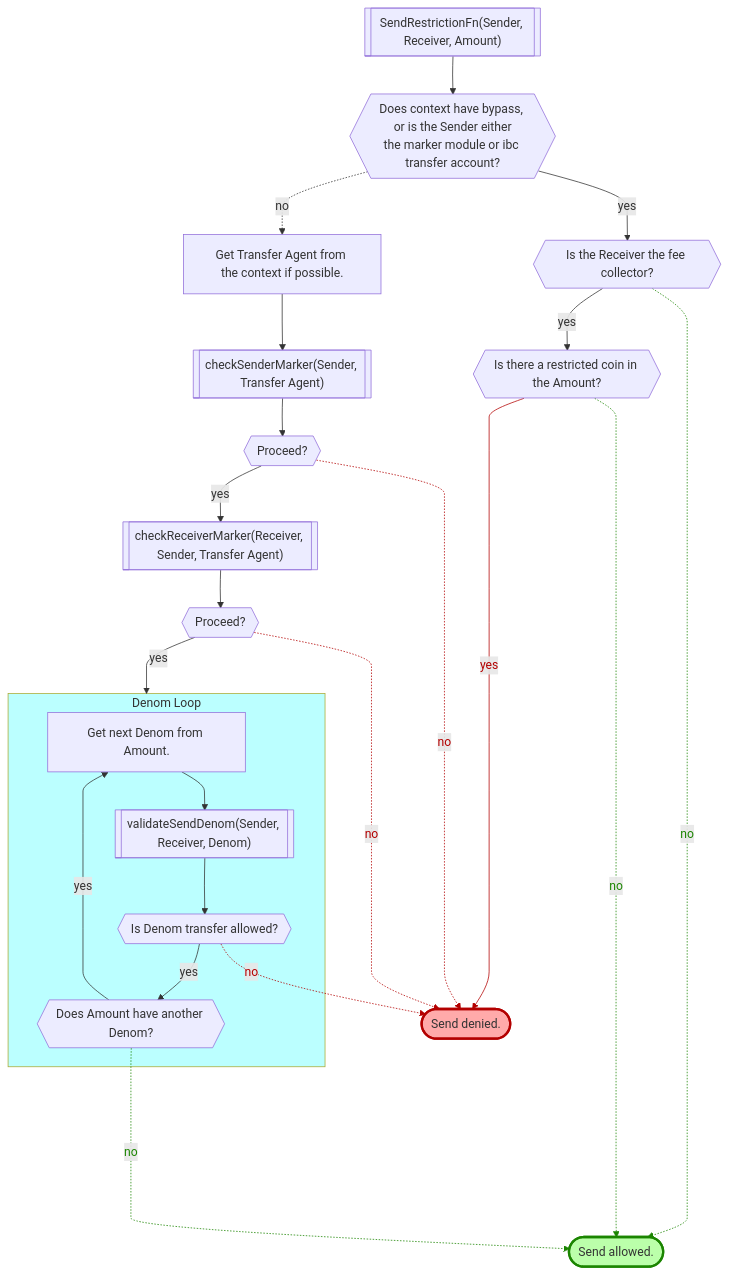
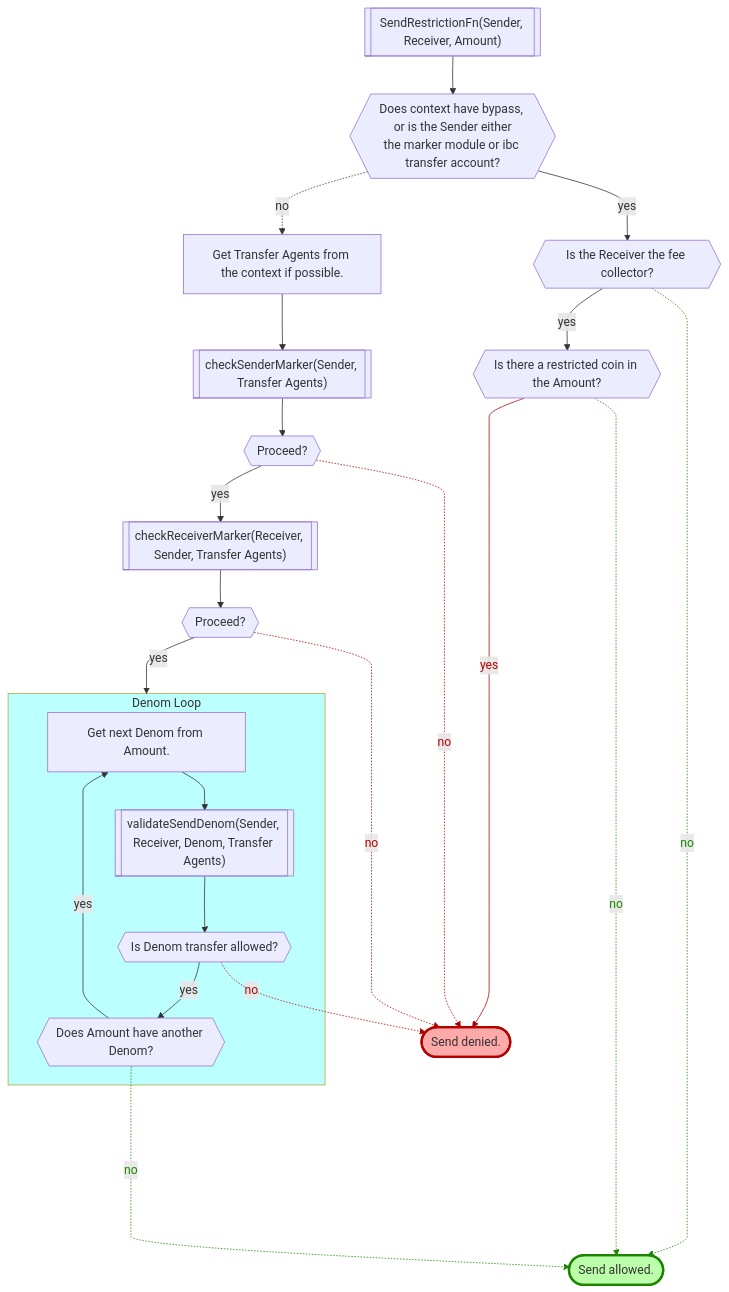
The first of 8 diagrams in x/marker/spec/12_transfers.md (provenance-io/provenance), drawn with Mermaid before and after one commit. The commit also changed other lines of this file, not shown here.

Commit message:
[2137]: Update marker flowcharts to reflect the possibility of multiple admins.

````diff
--- a/x/marker/spec/12_transfers.md
+++ b/x/marker/spec/12_transfers.md
@@ -105,47 +105,47 @@
 ```mermaid
 %%{ init: { 'flowchart': { 'curve': 'monotoneY'} } }%%
 flowchart TD
     start[["SendRestrictionFn(Sender, Receiver, Amount)"]]
     qhasbp{{"Does context have bypass, or is the Sender either\nthe marker module or ibc transfer account?"}}
     qfc{{"Is the Receiver the fee collector?"}}
     qrc{{"Is there a restricted coin in the Amount?"}}
-    gta["Get Transfer Agent from the context if possible."]
-    csm[["checkSenderMarker(Sender, Transfer Agent)"]]
+    gta["Get Transfer Agents from the context if possible."]
+    csm[["checkSenderMarker(Sender, Transfer Agents)"]]
     issmok{{"Proceed?"}}
-    crm[["checkReceiverMarker(Receiver, Sender, Transfer Agent)"]]
+    crm[["checkReceiverMarker(Receiver, Sender, Transfer Agents)"]]
     isrmok{{"Proceed?"}}
     nextd["Get next Denom from Amount."]
-    vsd[["validateSendDenom(Sender, Receiver, Denom)"]]
+    vsd[["validateSendDenom(Sender, Receiver, Denom, Transfer Agents)"]]
     isdok{{"Is Denom transfer allowed?"}}
     mored{{"Does Amount have another Denom?"}}
     ok(["Send allowed."])
     style ok fill:#bbffaa,stroke:#1b8500,stroke-width:3px
     denied(["Send denied."])
     style denied fill:#ffaaaa,stroke:#b30000,stroke-width:3px
     start --> qhasbp
     qhasbp -.->|no| gta
     qhasbp -->|yes| qfc
     qfc -->|yes| qrc
     qfc -.->|no| ok
     qrc -------->|yes| denied
     qrc -.->|no| ok
     gta --> csm
     csm --> issmok
     issmok -->|yes| crm
     issmok -.->|no| denied
     crm --> isrmok
     isrmok -->|yes| denomloop
     isrmok -.->|no| denied
     subgraph denomloop ["Denom Loop"]
     isdok -->|yes| mored
     vsd --> isdok
     mored -->|yes| nextd
     nextd --> vsd
     end
     mored -....->|no| ok
     isdok -.->|no| denied
 
     style denomloop fill:#bbffff
     linkStyle 5,10,13,19 stroke:#b30000,color:#b30000
     linkStyle 4,6,18 stroke:#1b8500,color:#1b8500
 ```
````
